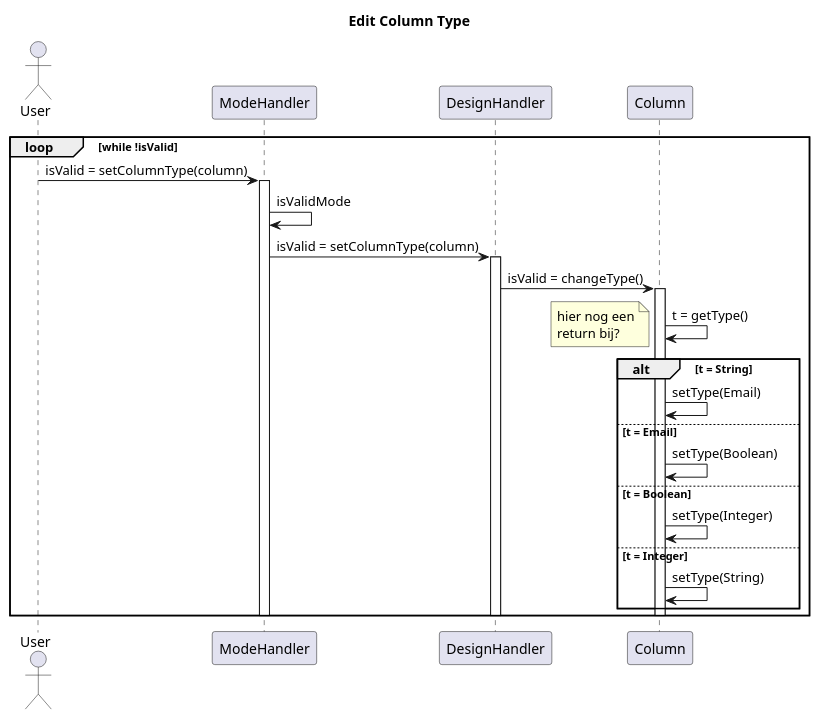
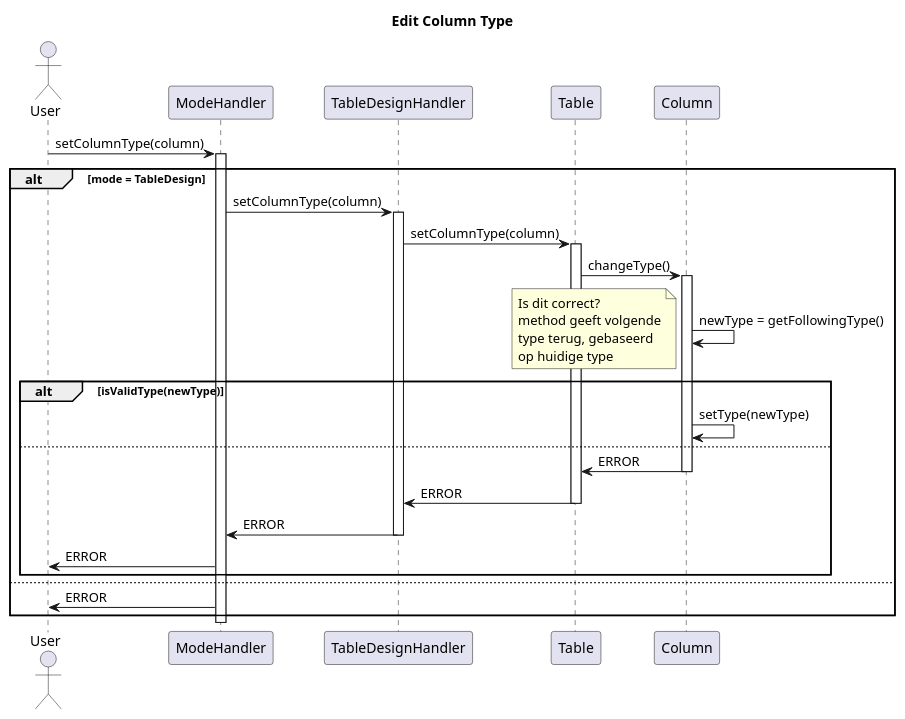
Before and after one commit to Bhamoss/softwareOntwerpProject: the diagram in diagrams/interactionDiagrams/editColumnType.puml, drawn with PlantUML. The commit also changed 5 other files, not shown here.

Commit message:
correction of interactionDiagrams of edit column characteristics

```diff
--- a/diagrams/interactionDiagrams/editColumnType.puml
+++ b/diagrams/interactionDiagrams/editColumnType.puml
@@ -1,34 +1,44 @@
 @startuml
 title Edit Column Type
 Actor User
 
-loop while !isValid
-    User -> ModeHandler: isValid = setColumnType(column)
-    activate ModeHandler
-    ModeHandler -> ModeHandler: isValidMode
-    ModeHandler -> DesignHandler: isValid = setColumnType(column)
-    activate DesignHandler
-    DesignHandler -> Column: isValid = changeType()
+
+User -> ModeHandler: setColumnType(column)
+activate ModeHandler
+alt mode = TableDesign
+    ModeHandler -> TableDesignHandler: setColumnType(column)
+    activate TableDesignHandler
+    TableDesignHandler -> Table: setColumnType(column)
+    activate Table
+    Table -> Column: changeType()
     activate Column
-    Column -> Column: t = getType()
+    Column -> Column: newType = getFollowingType()
     note left
-        hier nog een
-        return bij?
+        Is dit correct?
+        method geeft volgende
+        type terug, gebaseerd
+        op huidige type
     end note
-    alt t = String
-        Column -> Column: setType(Email)
-    else t = Email
-        Column -> Column: setType(Boolean)
-    else t = Boolean
-        Column -> Column: setType(Integer)
-    else t = Integer
-        Column -> Column: setType(String)
+    alt isValidType(newType)
+        Column -> Column: setType(newType)
+    else
+        Column -> Table: ERROR
+        deactivate Column
+        Table -> TableDesignHandler: ERROR
+        deactivate Table
+        TableDesignHandler -> ModeHandler: ERROR
+        deactivate TableDesignHandler
+        ModeHandler -> User: ERROR
     end
-    deactivate Column
-    deactivate DesignHandler
-    deactivate ModeHandler
+
+
+else
+    ModeHandler -> User: ERROR
 end
+deactivate ModeHandler
+
+
 
 
 
 @enduml
```
